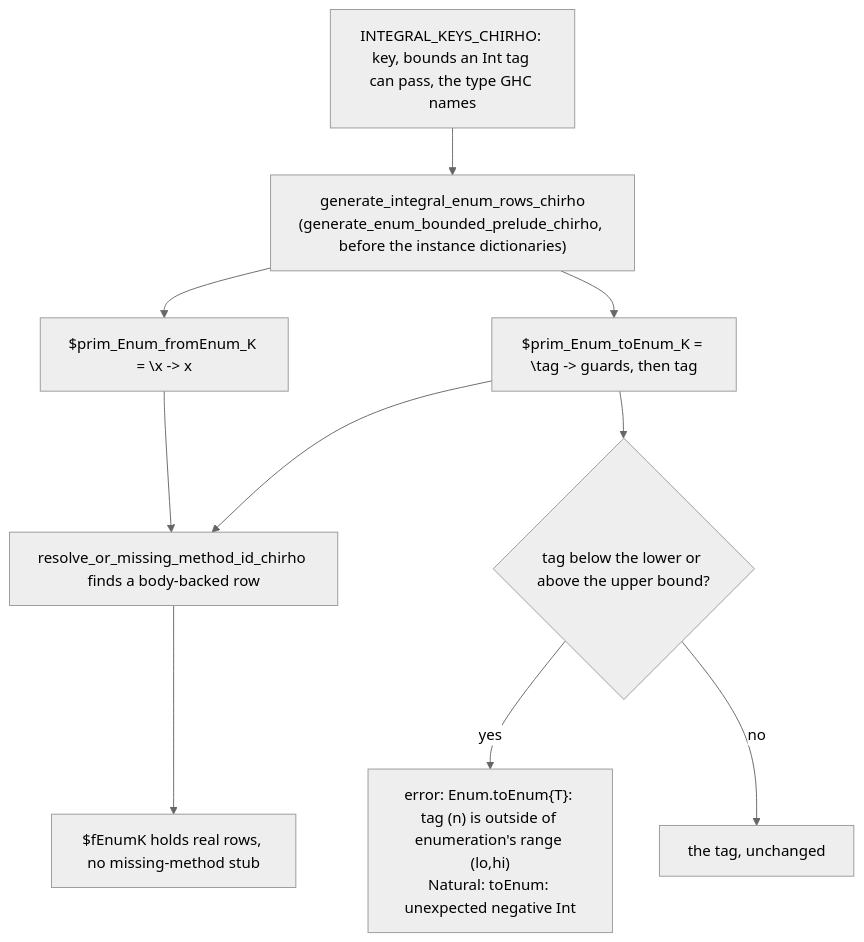
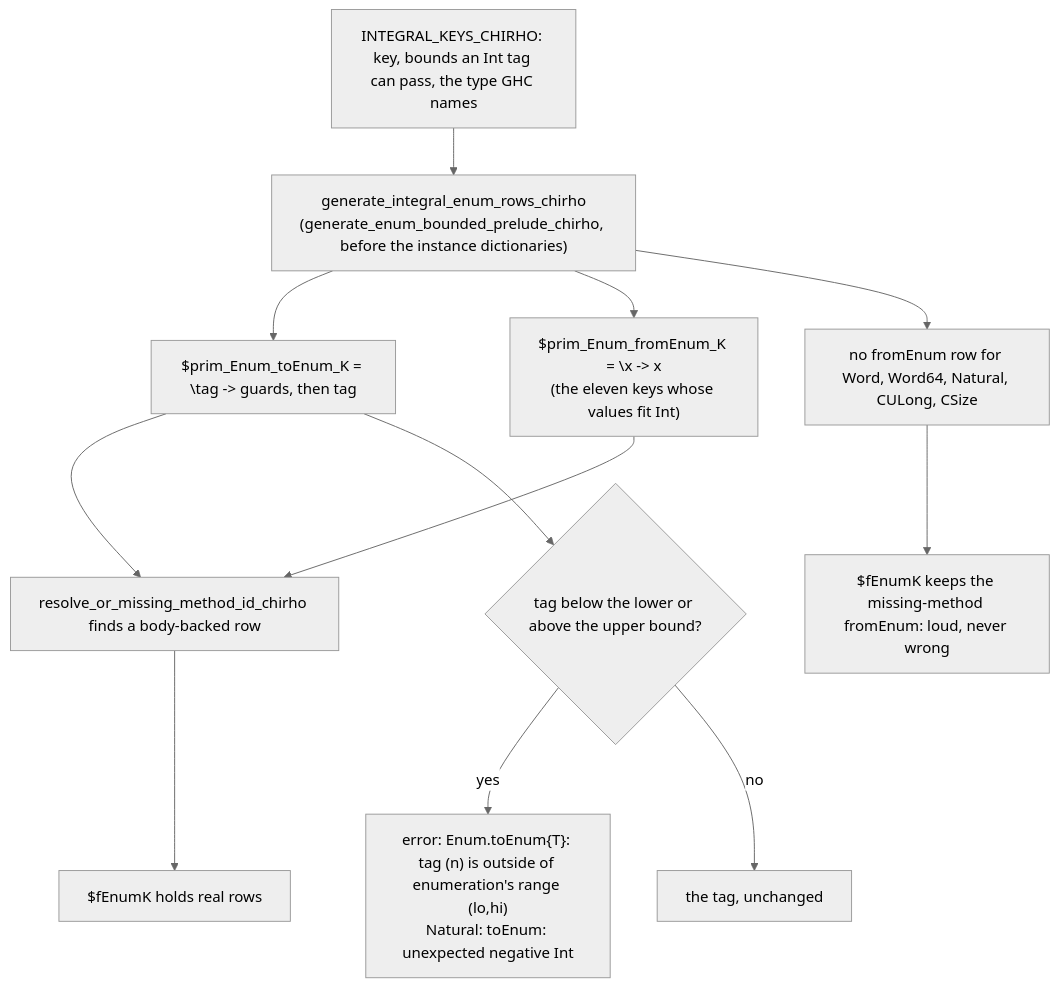
The diagram in spec-chirho/workflows-chirho/language-features-chirho/integral-enum-rows-chirho.md (loveJesus/haskelujah-chirho), drawn with Mermaid (neutral theme) before and after one commit. The commit also changed other lines of this file and 3 other files, not shown here.

First line of the commit message:
fix(core): a wide integral key keeps its missing-method fromEnum

````diff
--- a/spec-chirho/workflows-chirho/language-features-chirho/integral-enum-rows-chirho.md
+++ b/spec-chirho/workflows-chirho/language-features-chirho/integral-enum-rows-chirho.md
@@ -19,12 +23,14 @@
 ```mermaid
 flowchart TD
     T["INTEGRAL_KEYS_CHIRHO: key, bounds an Int tag can pass, the type GHC names"] --> G["generate_integral_enum_rows_chirho<br/>(generate_enum_bounded_prelude_chirho, before the instance dictionaries)"]
     G --> TE["$prim_Enum_toEnum_K = \tag -> guards, then tag"]
-    G --> FE["$prim_Enum_fromEnum_K = \x -> x"]
+    G --> FE["$prim_Enum_fromEnum_K = \x -> x<br/>(the eleven keys whose values fit Int)"]
+    G --> W["no fromEnum row for Word, Word64, Natural, CULong, CSize"]
     TE --> D["resolve_or_missing_method_id_chirho finds a body-backed row"]
     FE --> D
-    D --> F["$fEnumK holds real rows, no missing-method stub"]
+    D --> F["$fEnumK holds real rows"]
+    W --> S["$fEnumK keeps the missing-method fromEnum: loud, never wrong"]
     TE --> C{"tag below the lower or above the upper bound?"}
     C -- yes --> E["error: Enum.toEnum{T}: tag (n) is outside of enumeration's range (lo,hi)<br/>Natural: toEnum: unexpected negative Int"]
     C -- no --> V["the tag, unchanged"]
 ```
````
